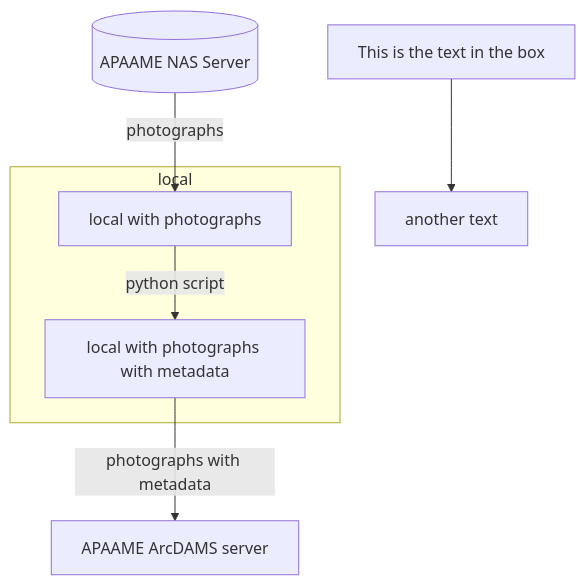
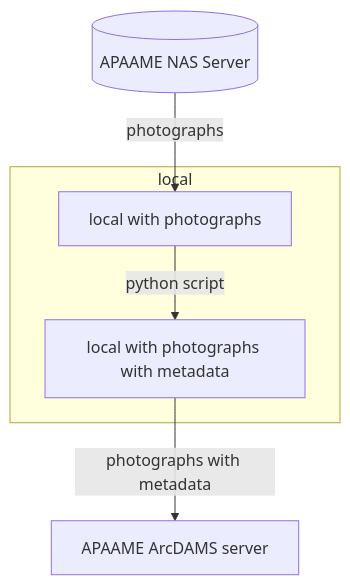
Before and after one commit to eamena-project/eamena-arches-dev: the diagram in projects/apaame-photos/README.md, drawn with Mermaid. The commit also changed other lines of this file, not shown here.

Commit message:
mermaid diag

````diff
--- a/projects/apaame-photos/README.md
+++ b/projects/apaame-photos/README.md
@@ -2,9 +7,8 @@
 ```mermaid
 flowchart TD
-    id1[This is the text in the box] --> id2[another text]
     A[(APAAME NAS Server)] --photographs--> B[local with photographs];
     subgraph local
     B --python script--> C[local with photographs with metadata];
     end
     C --photographs with metadata--> D[APAAME ArcDAMS server]; 
 ```
````
